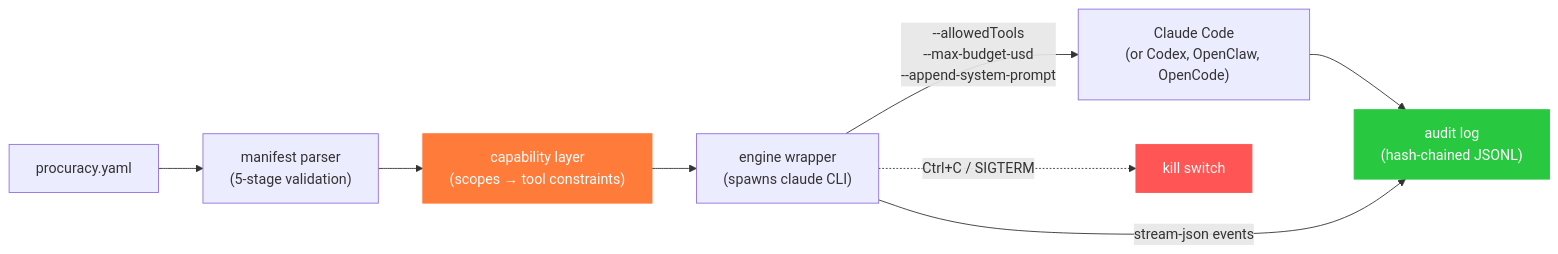
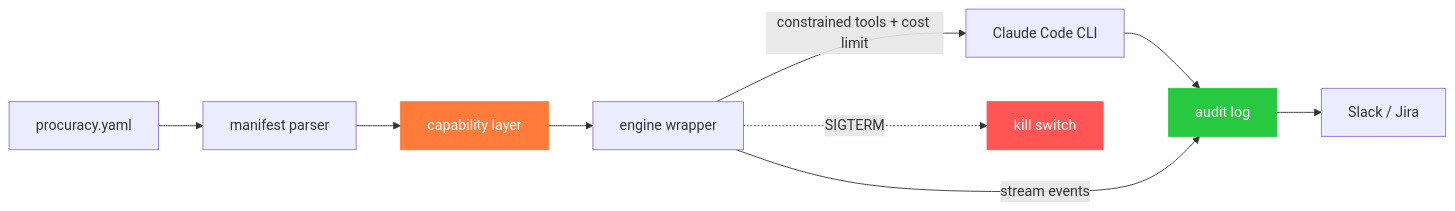
One commit to procuracy/procuracy changed the diagram in README.md. Above: the diagram before and after it, drawn with Mermaid. The commit also changed other lines of this file and 1 other file, not shown here.

````diff
--- a/README.md
+++ b/README.md
@@ -153,14 +141,15 @@
 ```mermaid
 flowchart LR
-    M["procuracy.yaml"] --> P["manifest parser<br/>(5-stage validation)"]
-    P --> CL["capability layer<br/>(scopes → tool constraints)"]
-    CL --> ENG["engine wrapper<br/>(spawns claude CLI)"]
-    ENG -->|"--allowedTools<br/>--max-budget-usd<br/>--append-system-prompt"| CC["Claude Code<br/>(or Codex, OpenClaw, OpenCode)"]
-    CC --> AUD["audit log<br/>(hash-chained JSONL)"]
-    ENG -->|stream-json events| AUD
-    ENG -.->|Ctrl+C / SIGTERM| KILL["kill switch"]
+    M["procuracy.yaml"] --> P["manifest parser"]
+    P --> CL["capability layer"]
+    CL --> ENG["engine wrapper"]
+    ENG -->|constrained tools + cost limit| CC["Claude Code CLI"]
+    CC --> AUD["audit log"]
+    ENG -->|stream events| AUD
+    AUD --> SL["Slack / Jira"]
+    ENG -.->|SIGTERM| KILL["kill switch"]
 
     style CL fill:#ff7b3a,color:#fff,stroke:#ff7b3a
     style AUD fill:#28c840,color:#fff,stroke:#28c840
     style KILL fill:#ff5555,color:#fff,stroke:#ff5555
 ```
````
